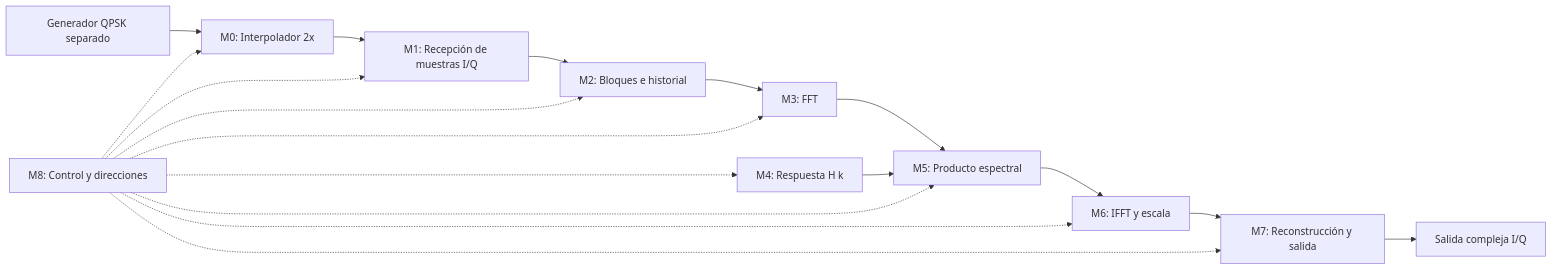
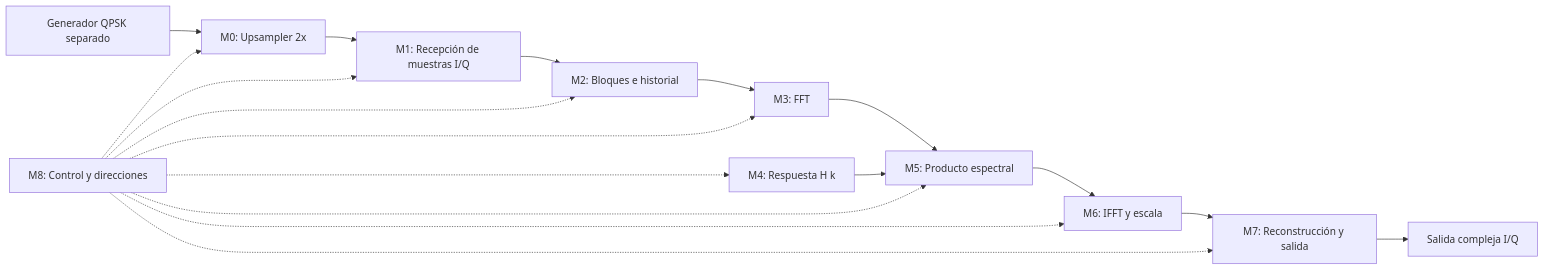
Before and after one commit to EnzoFernandezz11/rrc-fir-rtl: the diagram in docs/diseno-frecuencia-serial.md, drawn with Mermaid. The commit also changed other lines of this file and 18 other files, not shown here.

````diff
--- a/docs/diseno-frecuencia-serial.md
+++ b/docs/diseno-frecuencia-serial.md
@@ -73,20 +81,20 @@
 ```mermaid
 flowchart LR
-    Q[Generador QPSK separado] --> UP[M0: Interpolador 2x]
+    Q[Generador QPSK separado] --> UP[M0: Upsampler 2x]
     UP --> RX[M1: Recepción de muestras I/Q]
     RX --> BUF[M2: Bloques e historial]
     BUF --> FFT[M3: FFT]
     FFT --> MUL[M5: Producto espectral]
     COEF[M4: Respuesta H k] --> MUL
     MUL --> IFFT[M6: IFFT y escala]
     IFFT --> OUT[M7: Reconstrucción y salida]
     OUT --> Y[Salida compleja I/Q]
     CTRL[M8: Control y direcciones] -.-> UP
     CTRL -.-> RX
     CTRL -.-> BUF
     CTRL -.-> FFT
     CTRL -.-> COEF
     CTRL -.-> MUL
     CTRL -.-> IFFT
     CTRL -.-> OUT
 ```
````
